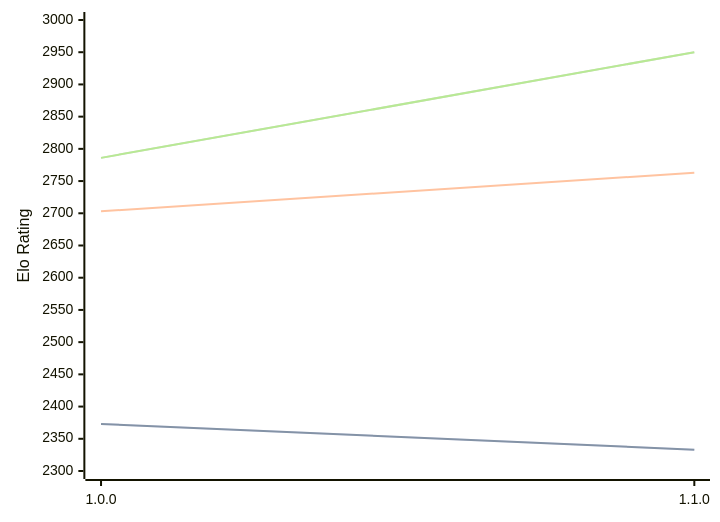
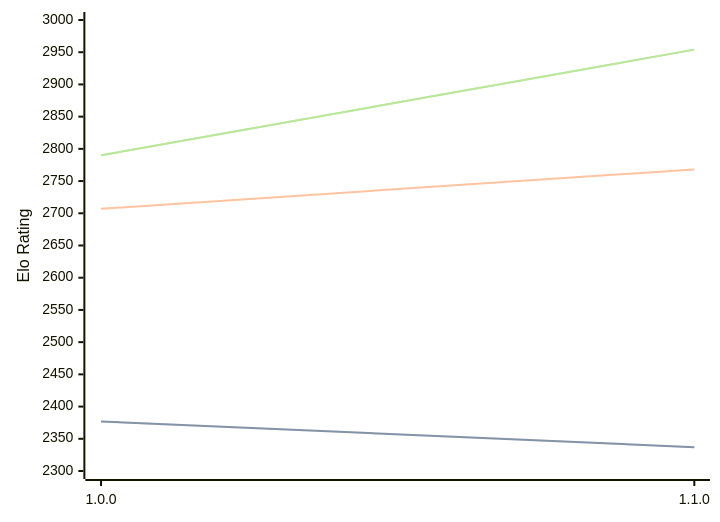
One commit to computer-chess-index/cci changed the diagram in engines/ShallowGuess.md. Above: the diagram before and after it, drawn with Mermaid. The commit also changed other lines of this file, not shown here.

Commit message:
Update CCI Ratings (ELO VLTC) - 2026-05-02

````diff
--- a/engines/ShallowGuess.md
+++ b/engines/ShallowGuess.md
@@ -36,11 +36,11 @@
 ```mermaid
 %%{init: {"theme":"base","themeVariables":{"seriesColors:['#a3a3a3','#222221','#faa371']}}}%%
 xychart-beta
   x-axis ["1.0.0", "1.1.0"]
   y-axis "Elo Rating" 2300 --> 3000
-  line "STC (8.0+0.08s)" [2373, 2333]
-  line "STC (8.0+0.08s)" [2373, 2333]
-  line "LTC (60.0+0.60s)" [2703, 2763]
-  line "VLTC (2m24s+1.12s)" [2786, 2950]
-  line "VLTC (2m24s+1.12s)" [2786, 2950]
+  line "STC (8.0+0.08s)" [2377, 2337]
+  line "STC (8.0+0.08s)" [2377, 2337]
+  line "LTC (60.0+0.60s)" [2707, 2768]
+  line "VLTC (2m24s+1.12s)" [2790, 2954]
+  line "VLTC (2m24s+1.12s)" [2790, 2954]
 ```
````
